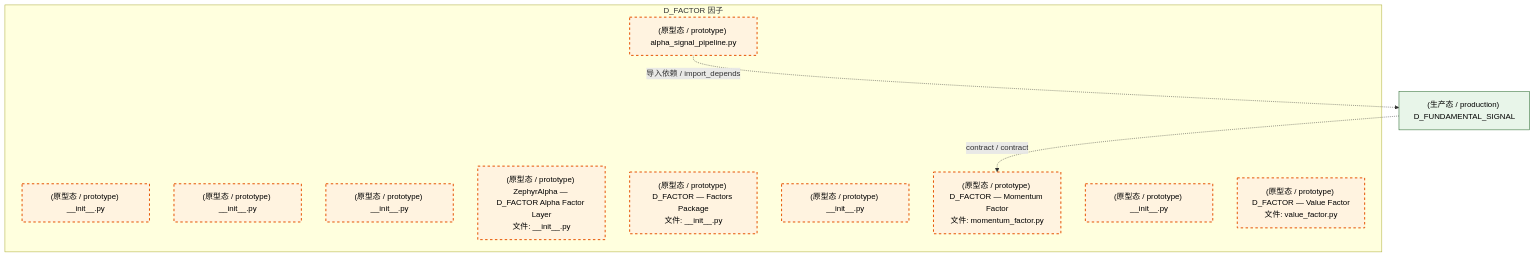
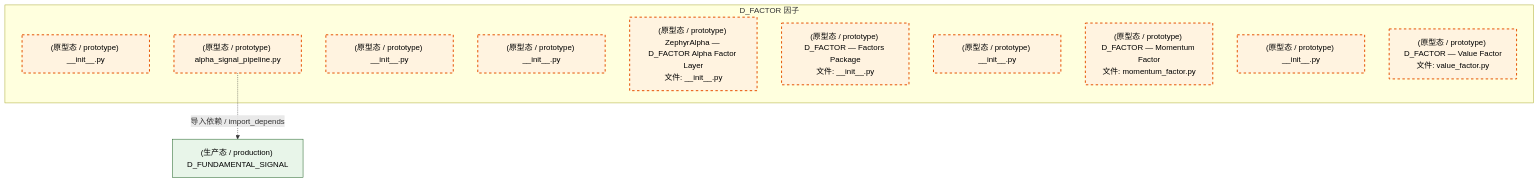
The third of 4 diagrams in docs/02_enterprise_architecture/02_domain_architecture_docs/29_d_factor.md (xuanFelixVan/ZephyrAlpha), drawn with Mermaid before and after one commit. The commit also changed other lines of this file and 100 other files, not shown here.

````diff
--- a/docs/02_enterprise_architecture/02_domain_architecture_docs/29_d_factor.md
+++ b/docs/02_enterprise_architecture/02_domain_architecture_docs/29_d_factor.md
@@ -152,24 +151,23 @@
 ```mermaid
 graph TD
     subgraph D_FACTOR["D_FACTOR 因子"]
         src_zephyr_factor_extensions_init_py["(原型态 / prototype) __init__.py"]
         src_zephyr_factor_alpha_signal_pipeline_py["(原型态 / prototype) alpha_signal_pipeline.py"]
         src_zephyr_factor_api_init_py["(原型态 / prototype) __init__.py"]
         src_zephyr_factor_core_init_py["(原型态 / prototype) __init__.py"]
         src_zephyr_factor_ctr_001_consumer_init_py["(原型态 / prototype) ZephyrAlpha — D_FACTOR Alpha Factor Layer<br/>文件: __init__.py"]
         src_zephyr_factor_engine_init_py["(原型态 / prototype) D_FACTOR — Factors Package<br/>文件: __init__.py"]
         src_zephyr_factor_infrastructure_init_py["(原型态 / prototype) __init__.py"]
         src_zephyr_factor_momentum_factor_py["(原型态 / prototype) D_FACTOR — Momentum Factor<br/>文件: momentum_factor.py"]
         src_zephyr_factor_services_init_py["(原型态 / prototype) __init__.py"]
         src_zephyr_factor_value_factor_py["(原型态 / prototype) D_FACTOR — Value Factor<br/>文件: value_factor.py"]
     end
     D_FUNDAMENTAL_SIGNAL["(生产态 / production) D_FUNDAMENTAL_SIGNAL"]
     src_zephyr_factor_alpha_signal_pipeline_py -.->|导入依赖 / import_depends| D_FUNDAMENTAL_SIGNAL
-    D_FUNDAMENTAL_SIGNAL -.->|contract / contract| src_zephyr_factor_momentum_factor_py
     classDef production fill:#e1f5fe,stroke:#01579b,stroke-width:2px,color:#000
     classDef design fill:#fff3e0,stroke:#e65100,stroke-width:2px,color:#000,stroke-dasharray: 5 5
     classDef external_prod fill:#e8f5e9,stroke:#1b5e20,stroke-width:1px,color:#000
     classDef external_design fill:#fce4ec,stroke:#880e4f,stroke-width:1px,color:#000,stroke-dasharray: 5 5
     class src_zephyr_factor_extensions_init_py,src_zephyr_factor_alpha_signal_pipeline_py,src_zephyr_factor_api_init_py,src_zephyr_factor_core_init_py,src_zephyr_factor_ctr_001_consumer_init_py,src_zephyr_factor_engine_init_py,src_zephyr_factor_infrastructure_init_py,src_zephyr_factor_momentum_factor_py,src_zephyr_factor_services_init_py,src_zephyr_factor_value_factor_py design
     class D_FUNDAMENTAL_SIGNAL external_prod
 ```
````
